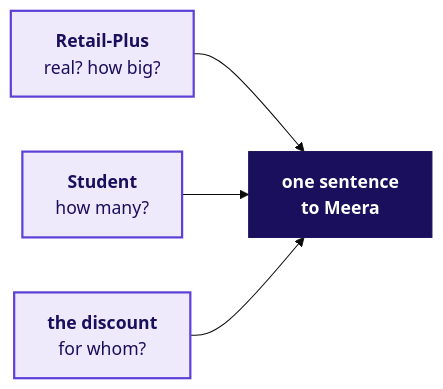
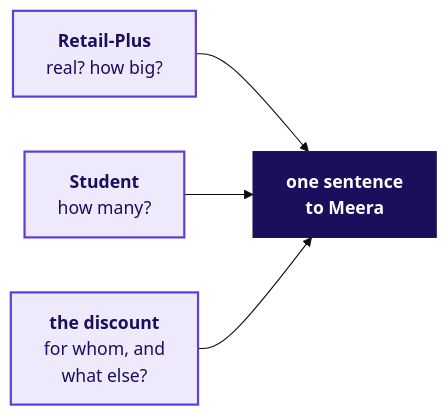
Before and after one commit to fde-academy-lab/c2-content-factory: diagram 14 of 15 in content/W01/D4/slides/C2_W01_D04_half2_STUDENT.md, drawn with Mermaid (base theme). The commit also changed other lines of this file and 13 other files, not shown here.

````diff
--- a/content/W01/D4/slides/C2_W01_D04_half2_STUDENT.md
+++ b/content/W01/D4/slides/C2_W01_D04_half2_STUDENT.md
@@ -423,10 +575,10 @@
 ```mermaid
 flowchart LR
     A["<b>Retail-Plus</b><br/>real? how big?"] --> N["<b>one sentence<br/>to Meera</b>"]
     B["<b>Student</b><br/>how many?"] --> N
-    C["<b>the discount</b><br/>for whom?"] --> N
+    C["<b>the discount</b><br/>for whom, and<br/>what else?"] --> N
     classDef known fill:#EEEAFB,stroke:#5B3FD6,color:#1A0F5C,stroke-width:2px
     classDef bet fill:#1A0F5C,stroke:#1A0F5C,color:#FFFFFF
     class A,B,C known
     class N bet
 ```
````
